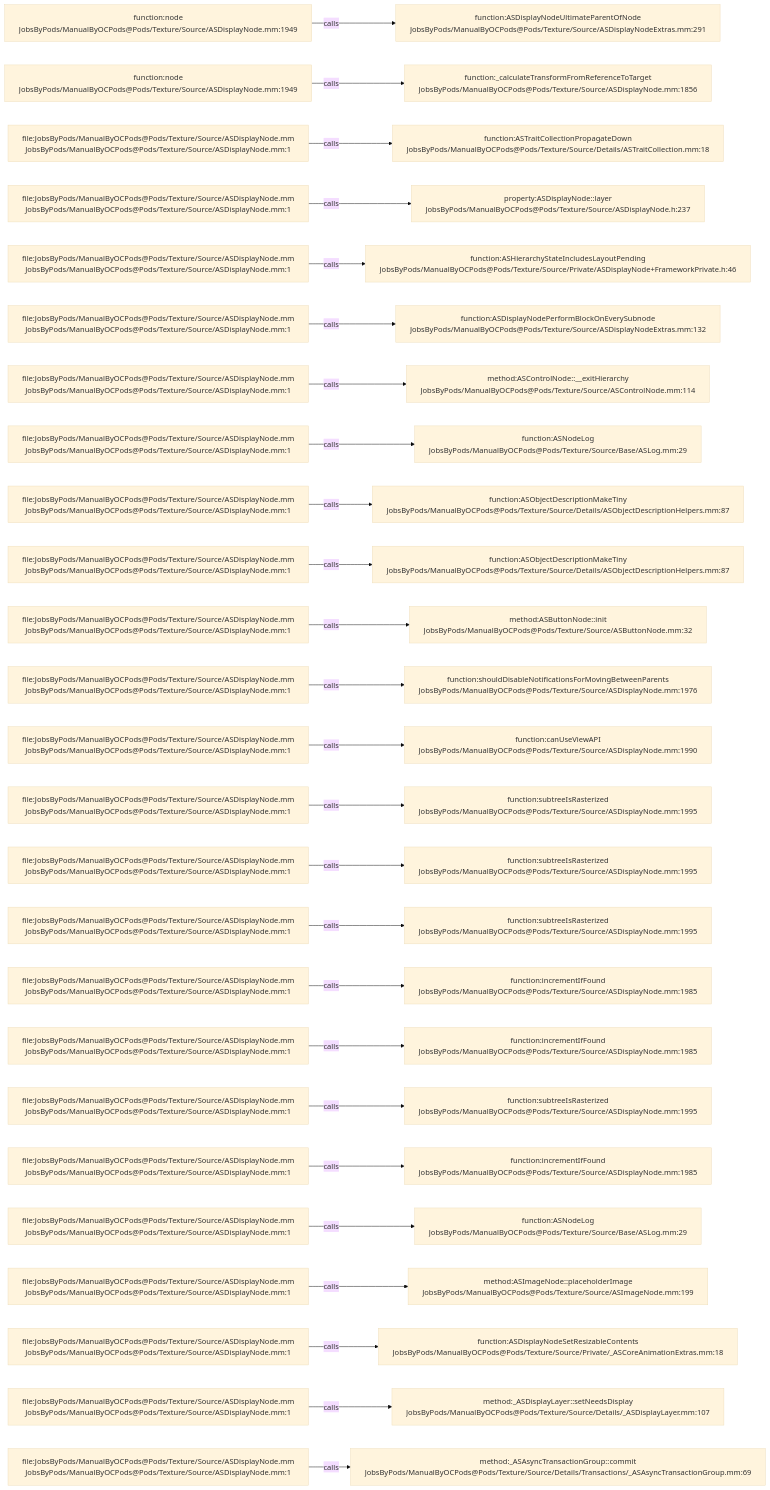
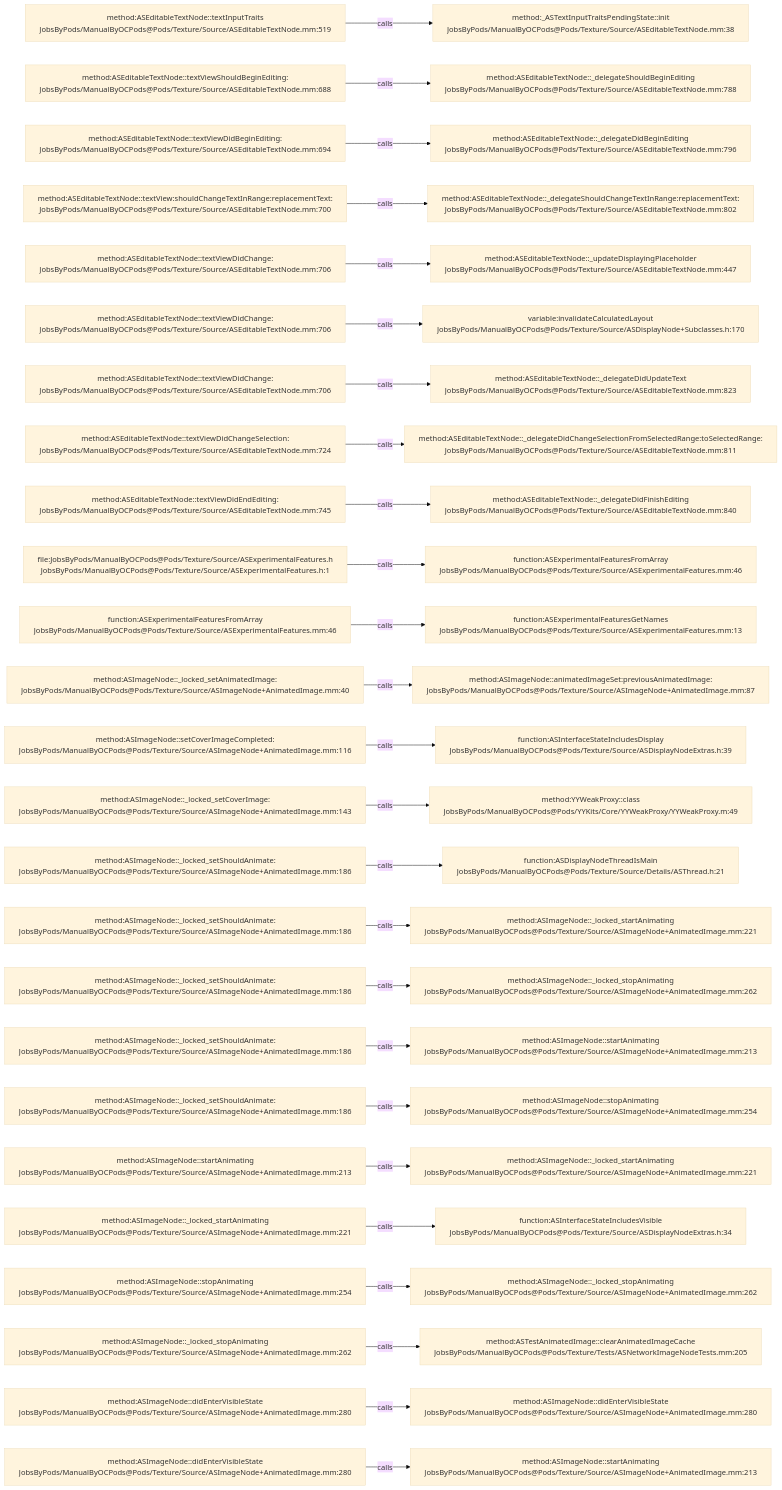
Before and after one commit to JobsKits/JobsOCBaseConfigDemo: the diagram in .codegraph/codegraph.md/graphs/calls-093.md, drawn with Mermaid (base theme). The commit also changed 2723 other files, not shown here.

````diff
--- a/.codegraph/codegraph.md/graphs/calls-093.md
+++ b/.codegraph/codegraph.md/graphs/calls-093.md
@@ -13,78 +13,78 @@
 ```mermaid
 flowchart LR
-  S1["function:node<br/>JobsByPods/ManualByOCPods@Pods/Texture/Source/ASDisplayNode.mm:1949"]
-  T1["function:ASDisplayNodeUltimateParentOfNode<br/>JobsByPods/ManualByOCPods@Pods/Texture/Source/ASDisplayNodeExtras.mm:291"]
+  S1["method:ASEditableTextNode::textInputTraits<br/>JobsByPods/ManualByOCPods@Pods/Texture/Source/ASEditableTextNode.mm:519"]
+  T1["method:_ASTextInputTraitsPendingState::init<br/>JobsByPods/ManualByOCPods@Pods/Texture/Source/ASEditableTextNode.mm:38"]
   S1 -->|calls| T1
-  S2["function:node<br/>JobsByPods/ManualByOCPods@Pods/Texture/Source/ASDisplayNode.mm:1949"]
-  T2["function:_calculateTransformFromReferenceToTarget<br/>JobsByPods/ManualByOCPods@Pods/Texture/Source/ASDisplayNode.mm:1856"]
+  S2["method:ASEditableTextNode::textViewShouldBeginEditing:<br/>JobsByPods/ManualByOCPods@Pods/Texture/Source/ASEditableTextNode.mm:688"]
+  T2["method:ASEditableTextNode::_delegateShouldBeginEditing<br/>JobsByPods/ManualByOCPods@Pods/Texture/Source/ASEditableTextNode.mm:788"]
   S2 -->|calls| T2
-  S3["file:JobsByPods/ManualByOCPods@Pods/Texture/Source/ASDisplayNode.mm<br/>JobsByPods/ManualByOCPods@Pods/Texture/Source/ASDisplayNode.mm:1"]
-  T3["function:ASTraitCollectionPropagateDown<br/>JobsByPods/ManualByOCPods@Pods/Texture/Source/Details/ASTraitCollection.mm:18"]
+  S3["method:ASEditableTextNode::textViewDidBeginEditing:<br/>JobsByPods/ManualByOCPods@Pods/Texture/Source/ASEditableTextNode.mm:694"]
+  T3["method:ASEditableTextNode::_delegateDidBeginEditing<br/>JobsByPods/ManualByOCPods@Pods/Texture/Source/ASEditableTextNode.mm:796"]
   S3 -->|calls| T3
-  S4["file:JobsByPods/ManualByOCPods@Pods/Texture/Source/ASDisplayNode.mm<br/>JobsByPods/ManualByOCPods@Pods/Texture/Source/ASDisplayNode.mm:1"]
-  T4["property:ASDisplayNode::layer<br/>JobsByPods/ManualByOCPods@Pods/Texture/Source/ASDisplayNode.h:237"]
+  S4["method:ASEditableTextNode::textView:shouldChangeTextInRange:replacementText:<br/>JobsByPods/ManualByOCPods@Pods/Texture/Source/ASEditableTextNode.mm:700"]
+  T4["method:ASEditableTextNode::_delegateShouldChangeTextInRange:replacementText:<br/>JobsByPods/ManualByOCPods@Pods/Texture/Source/ASEditableTextNode.mm:802"]
   S4 -->|calls| T4
-  S5["file:JobsByPods/ManualByOCPods@Pods/Texture/Source/ASDisplayNode.mm<br/>JobsByPods/ManualByOCPods@Pods/Texture/Source/ASDisplayNode.mm:1"]
-  T5["function:ASHierarchyStateIncludesLayoutPending<br/>JobsByPods/ManualByOCPods@Pods/Texture/Source/Private/ASDisplayNode+FrameworkPrivate.h:46"]
+  S5["method:ASEditableTextNode::textViewDidChange:<br/>JobsByPods/ManualByOCPods@Pods/Texture/Source/ASEditableTextNode.mm:706"]
+  T5["method:ASEditableTextNode::_updateDisplayingPlaceholder<br/>JobsByPods/ManualByOCPods@Pods/Texture/Source/ASEditableTextNode.mm:447"]
   S5 -->|calls| T5
-  S6["file:JobsByPods/ManualByOCPods@Pods/Texture/Source/ASDisplayNode.mm<br/>JobsByPods/ManualByOCPods@Pods/Texture/Source/ASDisplayNode.mm:1"]
-  T6["function:ASDisplayNodePerformBlockOnEverySubnode<br/>JobsByPods/ManualByOCPods@Pods/Texture/Source/ASDisplayNodeExtras.mm:132"]
+  S6["method:ASEditableTextNode::textViewDidChange:<br/>JobsByPods/ManualByOCPods@Pods/Texture/Source/ASEditableTextNode.mm:706"]
+  T6["variable:invalidateCalculatedLayout<br/>JobsByPods/ManualByOCPods@Pods/Texture/Source/ASDisplayNode+Subclasses.h:170"]
   S6 -->|calls| T6
-  S7["file:JobsByPods/ManualByOCPods@Pods/Texture/Source/ASDisplayNode.mm<br/>JobsByPods/ManualByOCPods@Pods/Texture/Source/ASDisplayNode.mm:1"]
-  T7["method:ASControlNode::__exitHierarchy<br/>JobsByPods/ManualByOCPods@Pods/Texture/Source/ASControlNode.mm:114"]
+  S7["method:ASEditableTextNode::textViewDidChange:<br/>JobsByPods/ManualByOCPods@Pods/Texture/Source/ASEditableTextNode.mm:706"]
+  T7["method:ASEditableTextNode::_delegateDidUpdateText<br/>JobsByPods/ManualByOCPods@Pods/Texture/Source/ASEditableTextNode.mm:823"]
   S7 -->|calls| T7
-  S8["file:JobsByPods/ManualByOCPods@Pods/Texture/Source/ASDisplayNode.mm<br/>JobsByPods/ManualByOCPods@Pods/Texture/Source/ASDisplayNode.mm:1"]
-  T8["function:ASNodeLog<br/>JobsByPods/ManualByOCPods@Pods/Texture/Source/Base/ASLog.mm:29"]
+  S8["method:ASEditableTextNode::textViewDidChangeSelection:<br/>JobsByPods/ManualByOCPods@Pods/Texture/Source/ASEditableTextNode.mm:724"]
+  T8["method:ASEditableTextNode::_delegateDidChangeSelectionFromSelectedRange:toSelectedRange:<br/>JobsByPods/ManualByOCPods@Pods/Texture/Source/ASEditableTextNode.mm:811"]
   S8 -->|calls| T8
-  S9["file:JobsByPods/ManualByOCPods@Pods/Texture/Source/ASDisplayNode.mm<br/>JobsByPods/ManualByOCPods@Pods/Texture/Source/ASDisplayNode.mm:1"]
-  T9["function:ASObjectDescriptionMakeTiny<br/>JobsByPods/ManualByOCPods@Pods/Texture/Source/Details/ASObjectDescriptionHelpers.mm:87"]
+  S9["method:ASEditableTextNode::textViewDidEndEditing:<br/>JobsByPods/ManualByOCPods@Pods/Texture/Source/ASEditableTextNode.mm:745"]
+  T9["method:ASEditableTextNode::_delegateDidFinishEditing<br/>JobsByPods/ManualByOCPods@Pods/Texture/Source/ASEditableTextNode.mm:840"]
   S9 -->|calls| T9
-  S10["file:JobsByPods/ManualByOCPods@Pods/Texture/Source/ASDisplayNode.mm<br/>JobsByPods/ManualByOCPods@Pods/Texture/Source/ASDisplayNode.mm:1"]
-  T10["function:ASObjectDescriptionMakeTiny<br/>JobsByPods/ManualByOCPods@Pods/Texture/Source/Details/ASObjectDescriptionHelpers.mm:87"]
+  S10["file:JobsByPods/ManualByOCPods@Pods/Texture/Source/ASExperimentalFeatures.h<br/>JobsByPods/ManualByOCPods@Pods/Texture/Source/ASExperimentalFeatures.h:1"]
+  T10["function:ASExperimentalFeaturesFromArray<br/>JobsByPods/ManualByOCPods@Pods/Texture/Source/ASExperimentalFeatures.mm:46"]
   S10 -->|calls| T10
-  S11["file:JobsByPods/ManualByOCPods@Pods/Texture/Source/ASDisplayNode.mm<br/>JobsByPods/ManualByOCPods@Pods/Texture/Source/ASDisplayNode.mm:1"]
-  T11["method:ASButtonNode::init<br/>JobsByPods/ManualByOCPods@Pods/Texture/Source/ASButtonNode.mm:32"]
+  S11["function:ASExperimentalFeaturesFromArray<br/>JobsByPods/ManualByOCPods@Pods/Texture/Source/ASExperimentalFeatures.mm:46"]
+  T11["function:ASExperimentalFeaturesGetNames<br/>JobsByPods/ManualByOCPods@Pods/Texture/Source/ASExperimentalFeatures.mm:13"]
   S11 -->|calls| T11
-  S12["file:JobsByPods/ManualByOCPods@Pods/Texture/Source/ASDisplayNode.mm<br/>JobsByPods/ManualByOCPods@Pods/Texture/Source/ASDisplayNode.mm:1"]
-  T12["function:shouldDisableNotificationsForMovingBetweenParents<br/>JobsByPods/ManualByOCPods@Pods/Texture/Source/ASDisplayNode.mm:1976"]
+  S12["method:ASImageNode::_locked_setAnimatedImage:<br/>JobsByPods/ManualByOCPods@Pods/Texture/Source/ASImageNode+AnimatedImage.mm:40"]
+  T12["method:ASImageNode::animatedImageSet:previousAnimatedImage:<br/>JobsByPods/ManualByOCPods@Pods/Texture/Source/ASImageNode+AnimatedImage.mm:87"]
   S12 -->|calls| T12
-  S13["file:JobsByPods/ManualByOCPods@Pods/Texture/Source/ASDisplayNode.mm<br/>JobsByPods/ManualByOCPods@Pods/Texture/Source/ASDisplayNode.mm:1"]
-  T13["function:canUseViewAPI<br/>JobsByPods/ManualByOCPods@Pods/Texture/Source/ASDisplayNode.mm:1990"]
+  S13["method:ASImageNode::setCoverImageCompleted:<br/>JobsByPods/ManualByOCPods@Pods/Texture/Source/ASImageNode+AnimatedImage.mm:116"]
+  T13["function:ASInterfaceStateIncludesDisplay<br/>JobsByPods/ManualByOCPods@Pods/Texture/Source/ASDisplayNodeExtras.h:39"]
   S13 -->|calls| T13
-  S14["file:JobsByPods/ManualByOCPods@Pods/Texture/Source/ASDisplayNode.mm<br/>JobsByPods/ManualByOCPods@Pods/Texture/Source/ASDisplayNode.mm:1"]
-  T14["function:subtreeIsRasterized<br/>JobsByPods/ManualByOCPods@Pods/Texture/Source/ASDisplayNode.mm:1995"]
+  S14["method:ASImageNode::_locked_setCoverImage:<br/>JobsByPods/ManualByOCPods@Pods/Texture/Source/ASImageNode+AnimatedImage.mm:143"]
+  T14["method:YYWeakProxy::class<br/>JobsByPods/ManualByOCPods@Pods/YYKits/Core/YYWeakProxy/YYWeakProxy.m:49"]
   S14 -->|calls| T14
-  S15["file:JobsByPods/ManualByOCPods@Pods/Texture/Source/ASDisplayNode.mm<br/>JobsByPods/ManualByOCPods@Pods/Texture/Source/ASDisplayNode.mm:1"]
-  T15["function:subtreeIsRasterized<br/>JobsByPods/ManualByOCPods@Pods/Texture/Source/ASDisplayNode.mm:1995"]
+  S15["method:ASImageNode::_locked_setShouldAnimate:<br/>JobsByPods/ManualByOCPods@Pods/Texture/Source/ASImageNode+AnimatedImage.mm:186"]
+  T15["function:ASDisplayNodeThreadIsMain<br/>JobsByPods/ManualByOCPods@Pods/Texture/Source/Details/ASThread.h:21"]
   S15 -->|calls| T15
-  S16["file:JobsByPods/ManualByOCPods@Pods/Texture/Source/ASDisplayNode.mm<br/>JobsByPods/ManualByOCPods@Pods/Texture/Source/ASDisplayNode.mm:1"]
-  T16["function:subtreeIsRasterized<br/>JobsByPods/ManualByOCPods@Pods/Texture/Source/ASDisplayNode.mm:1995"]
+  S16["method:ASImageNode::_locked_setShouldAnimate:<br/>JobsByPods/ManualByOCPods@Pods/Texture/Source/ASImageNode+AnimatedImage.mm:186"]
+  T16["method:ASImageNode::_locked_startAnimating<br/>JobsByPods/ManualByOCPods@Pods/Texture/Source/ASImageNode+AnimatedImage.mm:221"]
   S16 -->|calls| T16
-  S17["file:JobsByPods/ManualByOCPods@Pods/Texture/Source/ASDisplayNode.mm<br/>JobsByPods/ManualByOCPods@Pods/Texture/Source/ASDisplayNode.mm:1"]
-  T17["function:incrementIfFound<br/>JobsByPods/ManualByOCPods@Pods/Texture/Source/ASDisplayNode.mm:1985"]
+  S17["method:ASImageNode::_locked_setShouldAnimate:<br/>JobsByPods/ManualByOCPods@Pods/Texture/Source/ASImageNode+AnimatedImage.mm:186"]
+  T17["method:ASImageNode::_locked_stopAnimating<br/>JobsByPods/ManualByOCPods@Pods/Texture/Source/ASImageNode+AnimatedImage.mm:262"]
   S17 -->|calls| T17
-  S18["file:JobsByPods/ManualByOCPods@Pods/Texture/Source/ASDisplayNode.mm<br/>JobsByPods/ManualByOCPods@Pods/Texture/Source/ASDisplayNode.mm:1"]
-  T18["function:incrementIfFound<br/>JobsByPods/ManualByOCPods@Pods/Texture/Source/ASDisplayNode.mm:1985"]
+  S18["method:ASImageNode::_locked_setShouldAnimate:<br/>JobsByPods/ManualByOCPods@Pods/Texture/Source/ASImageNode+AnimatedImage.mm:186"]
+  T18["method:ASImageNode::startAnimating<br/>JobsByPods/ManualByOCPods@Pods/Texture/Source/ASImageNode+AnimatedImage.mm:213"]
   S18 -->|calls| T18
-  S19["file:JobsByPods/ManualByOCPods@Pods/Texture/Source/ASDisplayNode.mm<br/>JobsByPods/ManualByOCPods@Pods/Texture/Source/ASDisplayNode.mm:1"]
-  T19["function:subtreeIsRasterized<br/>JobsByPods/ManualByOCPods@Pods/Texture/Source/ASDisplayNode.mm:1995"]
+  S19["method:ASImageNode::_locked_setShouldAnimate:<br/>JobsByPods/ManualByOCPods@Pods/Texture/Source/ASImageNode+AnimatedImage.mm:186"]
+  T19["method:ASImageNode::stopAnimating<br/>JobsByPods/ManualByOCPods@Pods/Texture/Source/ASImageNode+AnimatedImage.mm:254"]
   S19 -->|calls| T19
-  S20["file:JobsByPods/ManualByOCPods@Pods/Texture/Source/ASDisplayNode.mm<br/>JobsByPods/ManualByOCPods@Pods/Texture/Source/ASDisplayNode.mm:1"]
-  T20["function:incrementIfFound<br/>JobsByPods/ManualByOCPods@Pods/Texture/Source/ASDisplayNode.mm:1985"]
+  S20["method:ASImageNode::startAnimating<br/>JobsByPods/ManualByOCPods@Pods/Texture/Source/ASImageNode+AnimatedImage.mm:213"]
+  T20["method:ASImageNode::_locked_startAnimating<br/>JobsByPods/ManualByOCPods@Pods/Texture/Source/ASImageNode+AnimatedImage.mm:221"]
   S20 -->|calls| T20
-  S21["file:JobsByPods/ManualByOCPods@Pods/Texture/Source/ASDisplayNode.mm<br/>JobsByPods/ManualByOCPods@Pods/Texture/Source/ASDisplayNode.mm:1"]
-  T21["function:ASNodeLog<br/>JobsByPods/ManualByOCPods@Pods/Texture/Source/Base/ASLog.mm:29"]
+  S21["method:ASImageNode::_locked_startAnimating<br/>JobsByPods/ManualByOCPods@Pods/Texture/Source/ASImageNode+AnimatedImage.mm:221"]
+  T21["function:ASInterfaceStateIncludesVisible<br/>JobsByPods/ManualByOCPods@Pods/Texture/Source/ASDisplayNodeExtras.h:34"]
   S21 -->|calls| T21
-  S22["file:JobsByPods/ManualByOCPods@Pods/Texture/Source/ASDisplayNode.mm<br/>JobsByPods/ManualByOCPods@Pods/Texture/Source/ASDisplayNode.mm:1"]
-  T22["method:ASImageNode::placeholderImage<br/>JobsByPods/ManualByOCPods@Pods/Texture/Source/ASImageNode.mm:199"]
+  S22["method:ASImageNode::stopAnimating<br/>JobsByPods/ManualByOCPods@Pods/Texture/Source/ASImageNode+AnimatedImage.mm:254"]
+  T22["method:ASImageNode::_locked_stopAnimating<br/>JobsByPods/ManualByOCPods@Pods/Texture/Source/ASImageNode+AnimatedImage.mm:262"]
   S22 -->|calls| T22
-  S23["file:JobsByPods/ManualByOCPods@Pods/Texture/Source/ASDisplayNode.mm<br/>JobsByPods/ManualByOCPods@Pods/Texture/Source/ASDisplayNode.mm:1"]
-  T23["function:ASDisplayNodeSetResizableContents<br/>JobsByPods/ManualByOCPods@Pods/Texture/Source/Private/_ASCoreAnimationExtras.mm:18"]
+  S23["method:ASImageNode::_locked_stopAnimating<br/>JobsByPods/ManualByOCPods@Pods/Texture/Source/ASImageNode+AnimatedImage.mm:262"]
+  T23["method:ASTestAnimatedImage::clearAnimatedImageCache<br/>JobsByPods/ManualByOCPods@Pods/Texture/Tests/ASNetworkImageNodeTests.mm:205"]
   S23 -->|calls| T23
-  S24["file:JobsByPods/ManualByOCPods@Pods/Texture/Source/ASDisplayNode.mm<br/>JobsByPods/ManualByOCPods@Pods/Texture/Source/ASDisplayNode.mm:1"]
-  T24["method:_ASDisplayLayer::setNeedsDisplay<br/>JobsByPods/ManualByOCPods@Pods/Texture/Source/Details/_ASDisplayLayer.mm:107"]
+  S24["method:ASImageNode::didEnterVisibleState<br/>JobsByPods/ManualByOCPods@Pods/Texture/Source/ASImageNode+AnimatedImage.mm:280"]
+  T24["method:ASImageNode::didEnterVisibleState<br/>JobsByPods/ManualByOCPods@Pods/Texture/Source/ASImageNode+AnimatedImage.mm:280"]
   S24 -->|calls| T24
-  S25["file:JobsByPods/ManualByOCPods@Pods/Texture/Source/ASDisplayNode.mm<br/>JobsByPods/ManualByOCPods@Pods/Texture/Source/ASDisplayNode.mm:1"]
-  T25["method:_ASAsyncTransactionGroup::commit<br/>JobsByPods/ManualByOCPods@Pods/Texture/Source/Details/Transactions/_ASAsyncTransactionGroup.mm:69"]
+  S25["method:ASImageNode::didEnterVisibleState<br/>JobsByPods/ManualByOCPods@Pods/Texture/Source/ASImageNode+AnimatedImage.mm:280"]
+  T25["method:ASImageNode::startAnimating<br/>JobsByPods/ManualByOCPods@Pods/Texture/Source/ASImageNode+AnimatedImage.mm:213"]
   S25 -->|calls| T25
 ```
````
